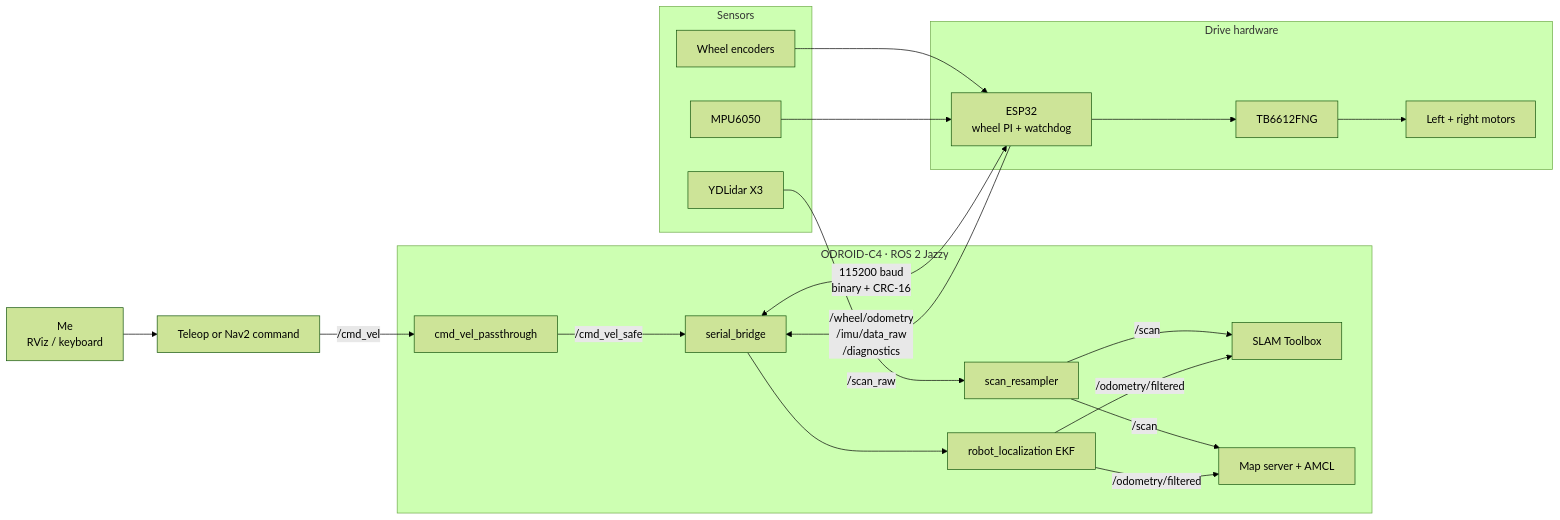
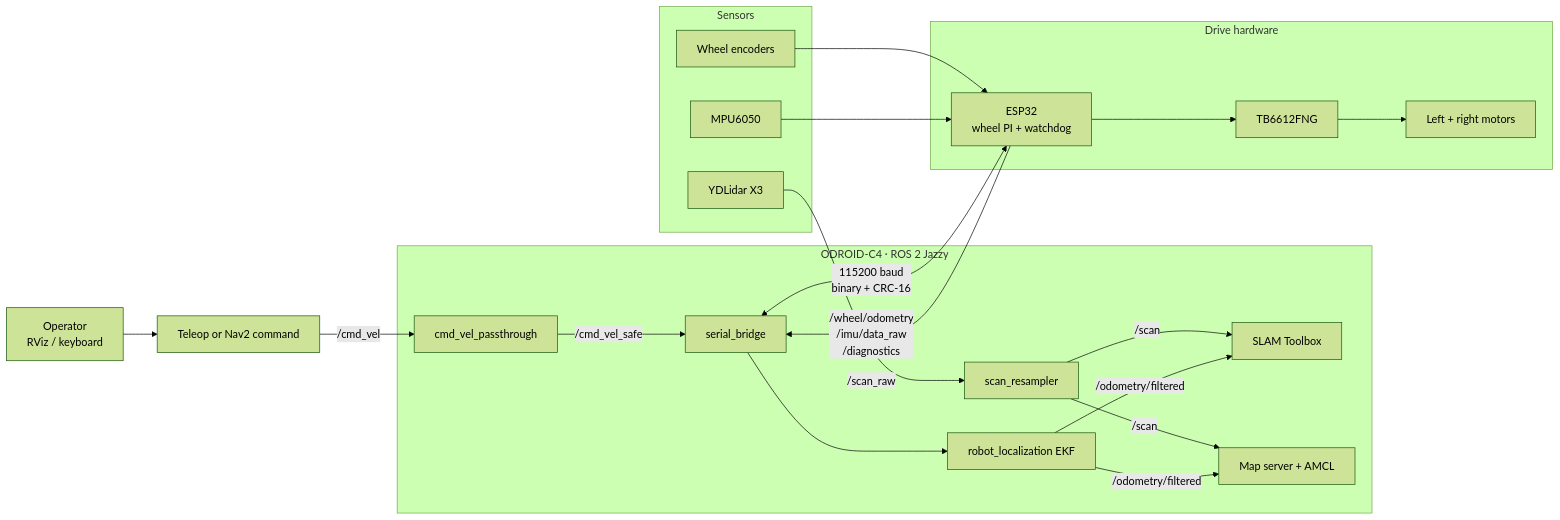
Before and after one commit to nattannsra18/amr-base-driver: the first of 3 diagrams in README.md, drawn with Mermaid (forest theme). The commit also changed other lines of this file, not shown here.

````diff
--- a/README.md
+++ b/README.md
@@ -45,39 +43,39 @@
 ```mermaid
 flowchart LR
-  user["Me<br/>RViz / keyboard"] --> command["Teleop or Nav2 command"]
+  user["Operator<br/>RViz / keyboard"] --> command["Teleop or Nav2 command"]
 
   subgraph odroid["ODROID-C4 · ROS 2 Jazzy"]
     relay["cmd_vel_passthrough"]
     bridge["serial_bridge"]
     resampler["scan_resampler"]
     ekf["robot_localization EKF"]
     slam["SLAM Toolbox"]
     amcl["Map server + AMCL"]
   end
 
   subgraph sensors["Sensors"]
     lidar["YDLidar X3"]
     encoder["Wheel encoders"]
     imu["MPU6050"]
   end
 
   subgraph drive["Drive hardware"]
     esp32["ESP32<br/>wheel PI + watchdog"]
     driver["TB6612FNG"]
     motors["Left + right motors"]
   end
 
   command -->|"/cmd_vel"| relay
   relay -->|"/cmd_vel_safe"| bridge
   bridge <-->|"115200 baud<br/>binary + CRC-16"| esp32
   esp32 --> driver --> motors
   encoder --> esp32
   imu --> esp32
   esp32 -->|"/wheel/odometry<br/>/imu/data_raw<br/>/diagnostics"| bridge
   bridge --> ekf
   lidar -->|"/scan_raw"| resampler
   resampler -->|"/scan"| slam
   resampler -->|"/scan"| amcl
   ekf -->|"/odometry/filtered"| slam
   ekf -->|"/odometry/filtered"| amcl
 ```
````
